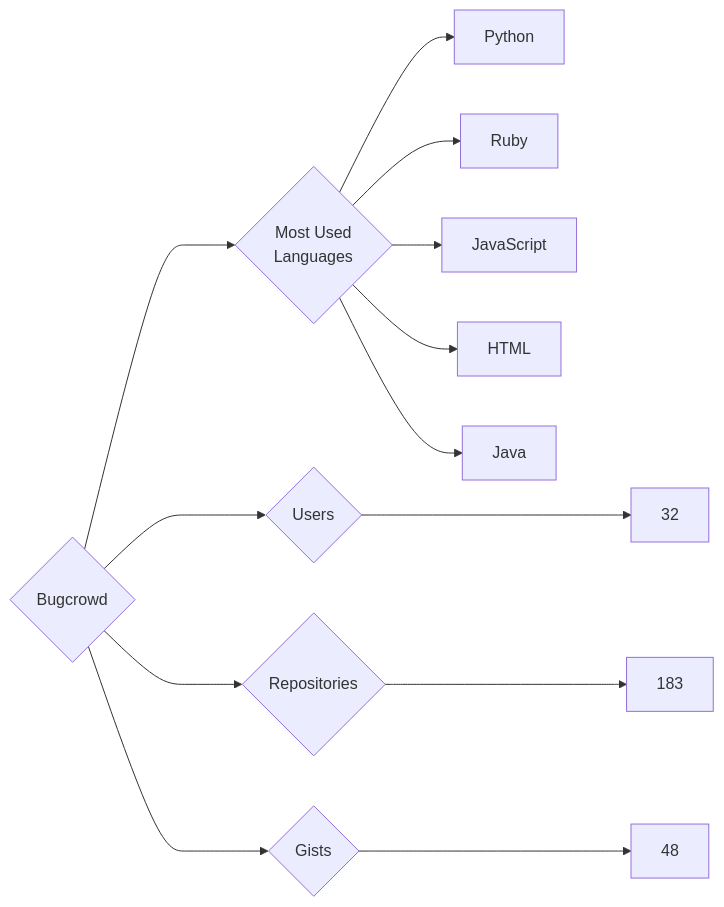
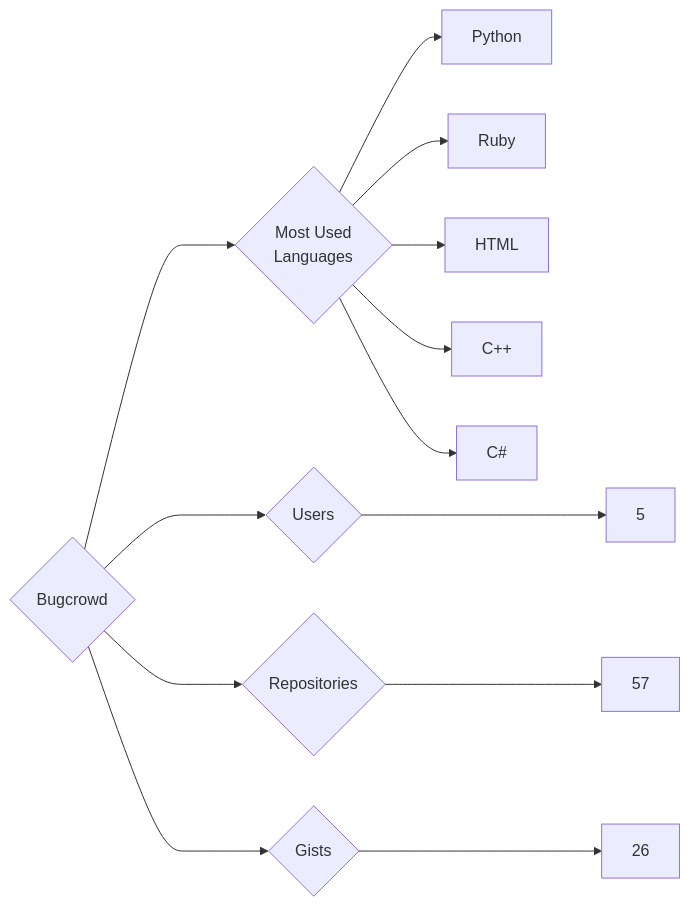
Before and after one commit to trickest/insiders: the diagram in targets/Bugcrowd/README.md, drawn with Mermaid. The commit also changed 633 other files, not shown here.

````diff
--- a/targets/Bugcrowd/README.md
+++ b/targets/Bugcrowd/README.md
@@ -3,13 +3,13 @@
 ```mermaid
 graph LR
 COMPANY_NAME{Bugcrowd}
-COMPANY_NAME ---> U{Users} ---> UN[32]
-COMPANY_NAME ---> R{Repositories} ---> RN[183]
-COMPANY_NAME ---> G{Gists} ---> GN[48]
+COMPANY_NAME ---> U{Users} ---> UN[5]
+COMPANY_NAME ---> R{Repositories} ---> RN[57]
+COMPANY_NAME ---> G{Gists} ---> GN[26]
 COMPANY_NAME ---> ML{Most Used<br>Languages}
 ML --> Python[Python]
 ML --> Ruby[Ruby]
-ML --> JavaScript[JavaScript]
 ML --> HTML[HTML]
-ML --> Java[Java]
+ML --> C++[C++]
+ML --> C#[C#]
 ```
````
